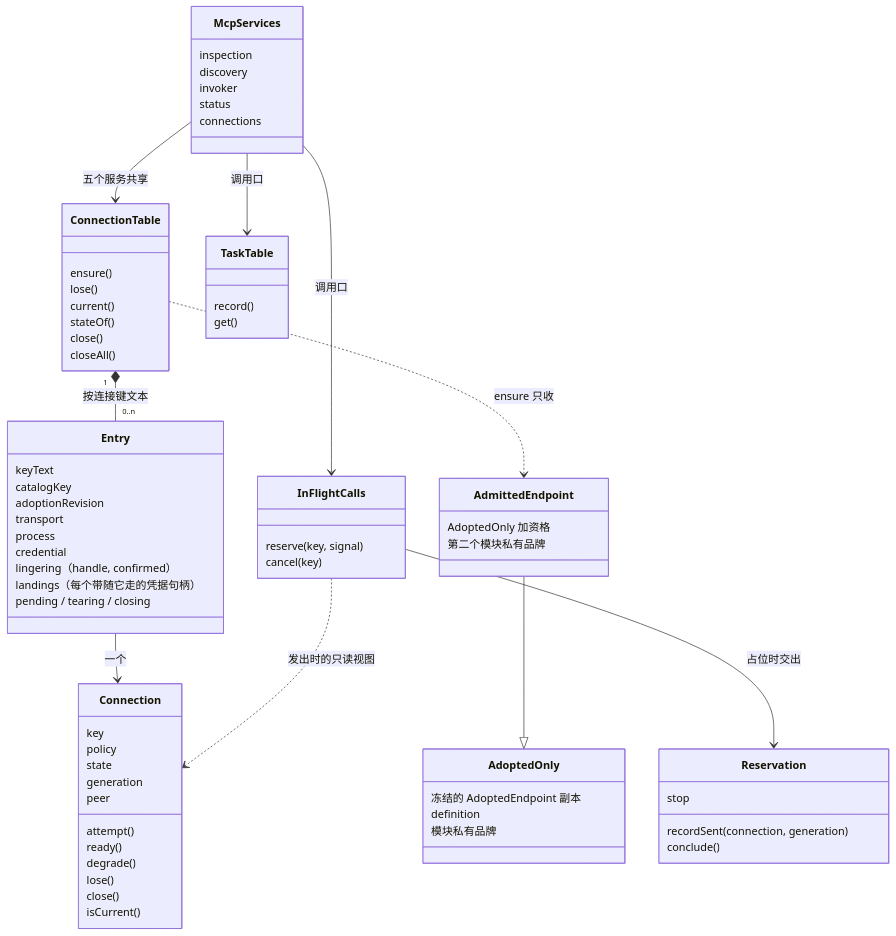
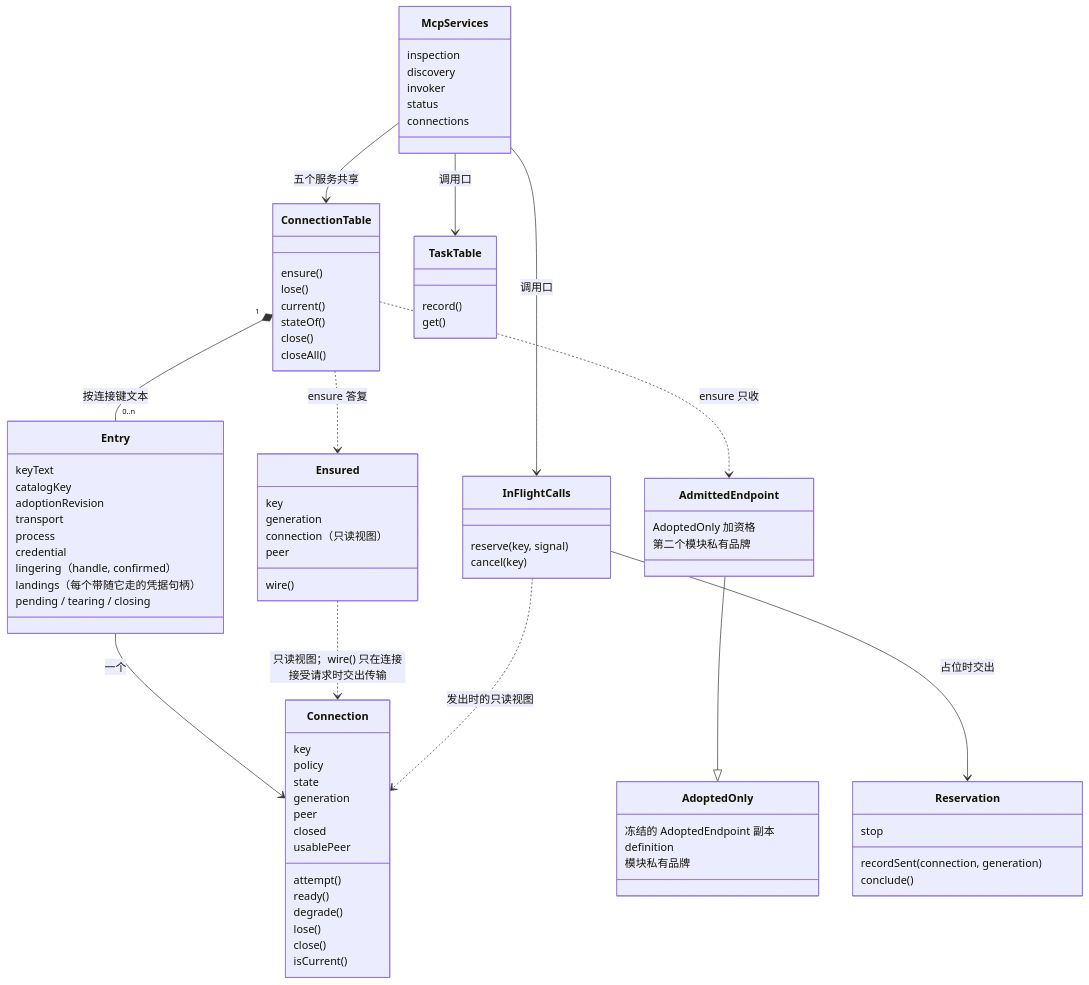
Before and after one commit to nemori-ai/omne-harness-lite: the diagram in packages/mcp/mcp/docs/object-model.md, drawn with Mermaid. The commit also changed other lines of this file and 24 other files, not shown here.

````diff
--- a/packages/mcp/mcp/docs/object-model.md
+++ b/packages/mcp/mcp/docs/object-model.md
@@ -43,7 +43,16 @@
         degrade()
         lose()
         close()
+        closed
+        usablePeer
         isCurrent()
+    }
+    class Ensured {
+        key
+        generation
+        connection（只读视图）
+        peer
+        wire()
     }
     class InFlightCalls {
         reserve(key, signal)
@@ -74,6 +83,8 @@
     McpServices --> TaskTable : 调用口
     ConnectionTable "1" *-- "0..n" Entry : 按连接键文本
     Entry --> Connection : 一个
+    ConnectionTable ..> Ensured : ensure 答复
+    Ensured ..> Connection : 只读视图；wire() 只在连接接受请求时交出传输
     ConnectionTable ..> AdmittedEndpoint : ensure 只收
     InFlightCalls ..> Connection : 发出时的只读视图
 ```
````
